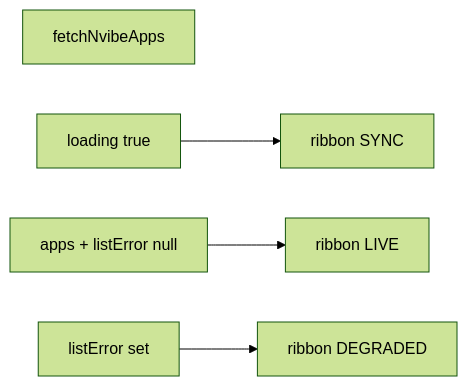
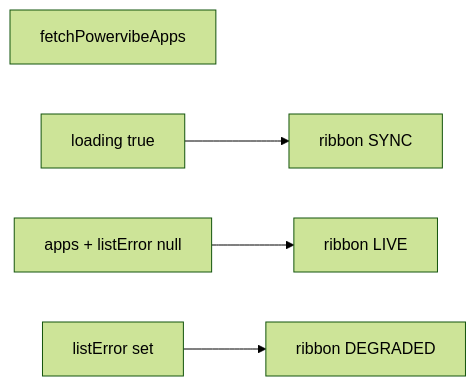
Before and after one commit to thoughtpivot/kota0: the diagram in .cursor/plans/home-command-center-charts.plan.md, drawn with Mermaid (forest theme). The commit also changed other lines of this file and 23 other files, not shown here.

````diff
--- a/.cursor/plans/home-command-center-charts.plan.md
+++ b/.cursor/plans/home-command-center-charts.plan.md
@@ -54,10 +54,10 @@
 ```mermaid
 flowchart LR
-  fetch[fetchNvibeApps]
+  fetch[fetchPowervibeApps]
   loading[loading true]
   ok[apps + listError null]
   err[listError set]
   loading --> ribbonSync[ribbon SYNC]
   ok --> ribbonLive[ribbon LIVE]
   err --> ribbonBad[ribbon DEGRADED]
 ```
````
